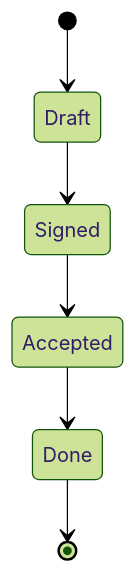
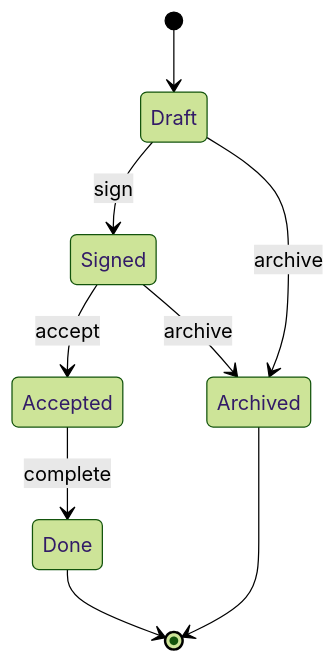
One commit to Kert0n/KPO changed the third of 9 diagrams in lectures/Lec5/vitepress.md. Above: the diagram before and after it, drawn with Mermaid (forest theme). The commit also changed other lines of this file and 9 other files, not shown here.

````diff
--- a/lectures/Lec5/vitepress.md
+++ b/lectures/Lec5/vitepress.md
@@ -82,8 +382,11 @@
 ```mermaid
 stateDiagram-v2
-    [*] --> Draft
-    Draft --> Signed
-    Signed --> Accepted
-    Accepted --> Done
-    Done --> [*]
+  [*] --> Draft
+  Draft --> Signed: sign
+  Signed --> Accepted: accept
+  Accepted --> Done: complete
+  Draft --> Archived: archive
+  Signed --> Archived: archive
+  Done --> [*]
+  Archived --> [*]
 ```
````
